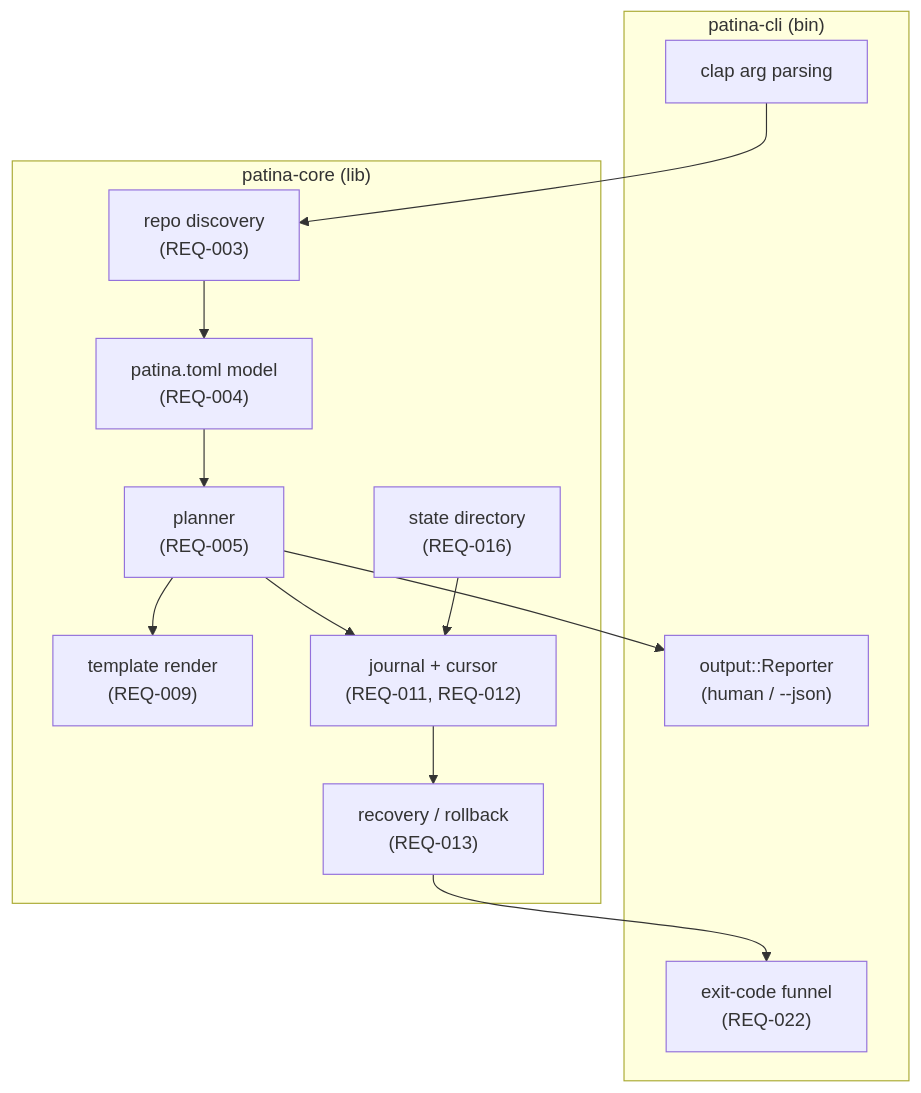
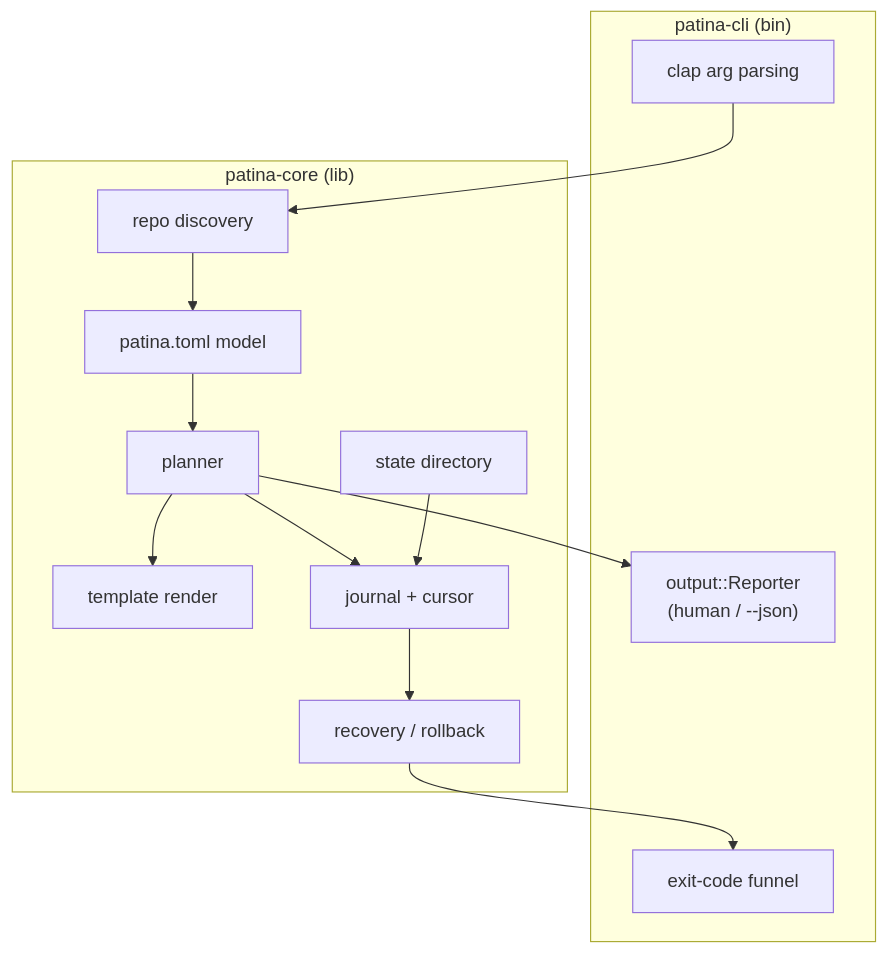
The first of 3 diagrams in docs/ARCHITECTURE.md (kvnxiao/patina), drawn with Mermaid before and after one commit. The commit also changed other lines of this file and 7 other files, not shown here.

````diff
--- a/docs/ARCHITECTURE.md
+++ b/docs/ARCHITECTURE.md
@@ -19,26 +15,26 @@
 ```mermaid
 flowchart TD
     subgraph cli["patina-cli (bin)"]
         args["clap arg parsing"]
         reporter["output::Reporter\n(human / --json)"]
-        exit["exit-code funnel\n(REQ-022)"]
+        exit["exit-code funnel"]
     end
     subgraph core["patina-core (lib)"]
-        discover["repo discovery\n(REQ-003)"]
-        config["patina.toml model\n(REQ-004)"]
-        plan["planner\n(REQ-005)"]
-        render["template render\n(REQ-009)"]
-        journal["journal + cursor\n(REQ-011, REQ-012)"]
-        recover["recovery / rollback\n(REQ-013)"]
-        statedir["state directory\n(REQ-016)"]
+        discover["repo discovery"]
+        config["patina.toml model"]
+        plan["planner"]
+        render["template render"]
+        journal["journal + cursor"]
+        recover["recovery / rollback"]
+        statedir["state directory"]
     end
     args --> discover
     discover --> config
     config --> plan
     plan --> render
     plan --> journal
     journal --> recover
     plan --> reporter
     recover --> exit
     statedir --> journal
 ```
````
